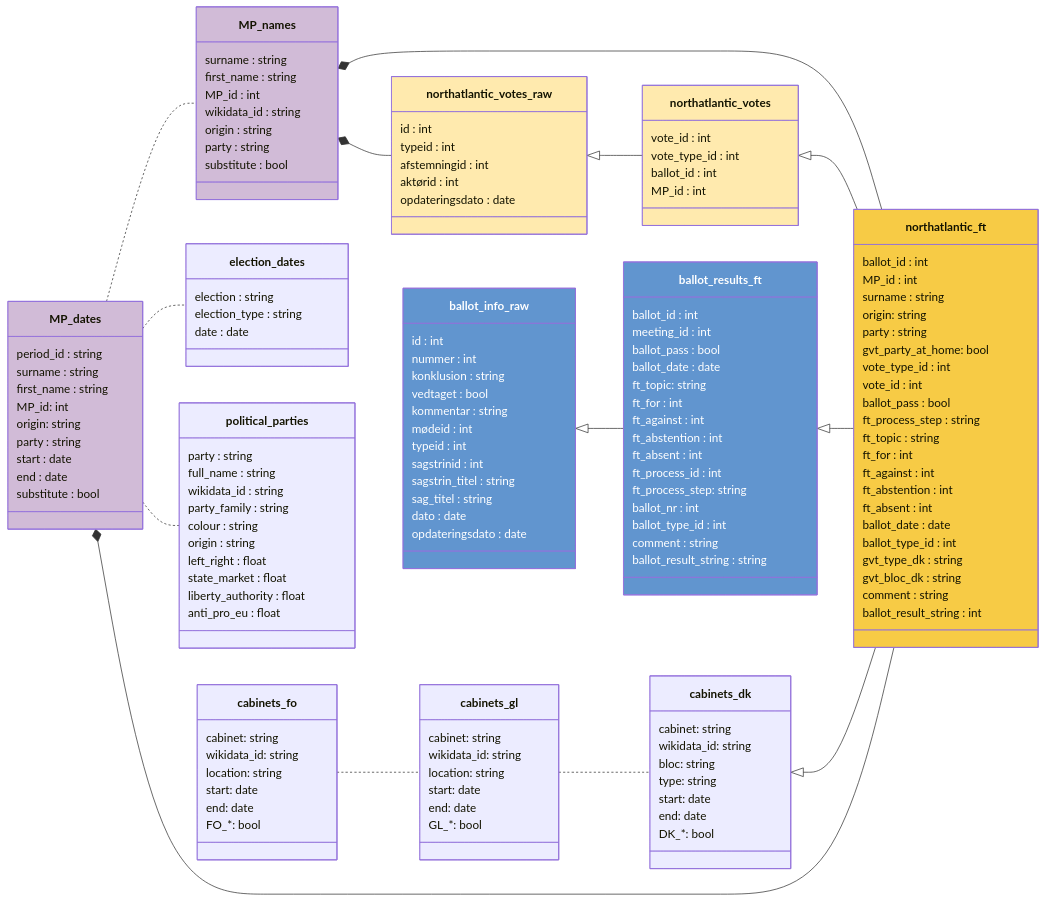
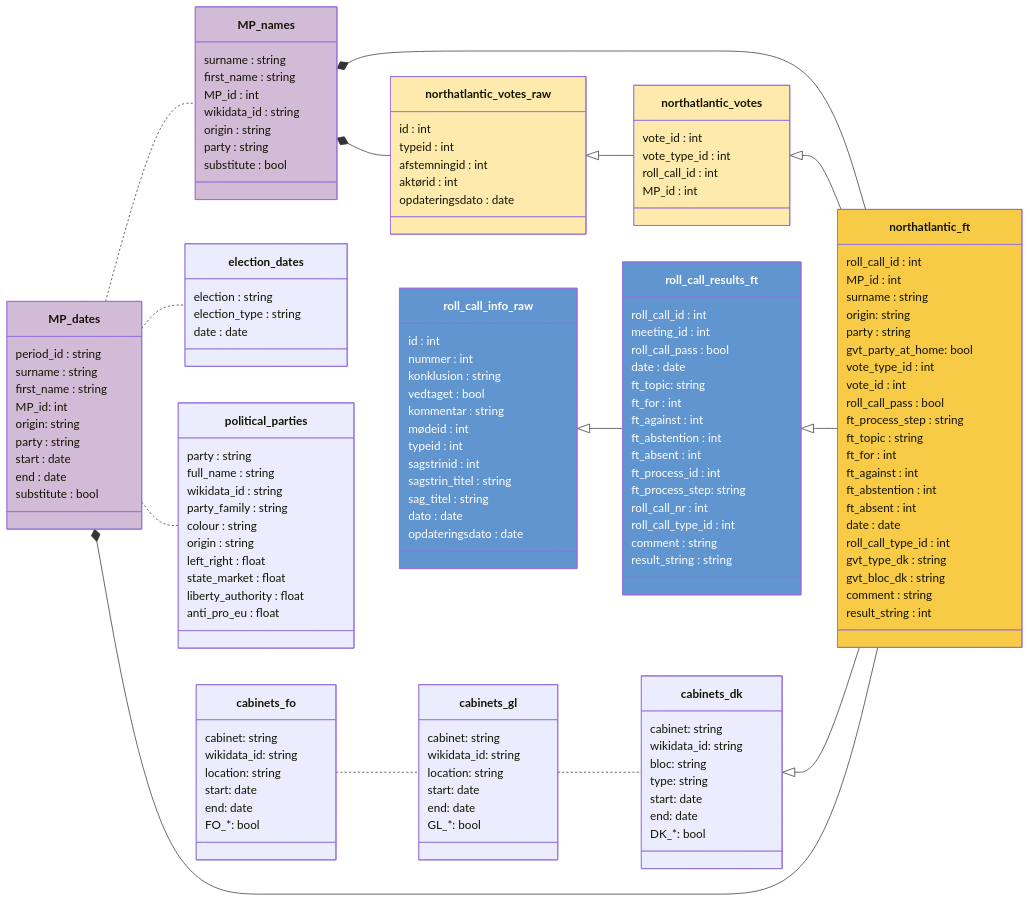
The diagram in docs/codebook.qmd (mtwente/nordatlantisk-ft), drawn with Mermaid before and after one commit. The commit also changed other lines of this file and 22 other files, not shown here.

First line of the commit message:
Roll Call Variable Renamed (#42)

```diff
--- a/docs/codebook.qmd
+++ b/docs/codebook.qmd
@@ -111,12 +111,12 @@
     MP_names *-- northatlantic_ft
 
     northatlantic_votes <|-- northatlantic_ft
-    ballot_results_ft <|-- northatlantic_ft
+    roll_call_results_ft <|-- northatlantic_ft
 
     MP_names *-- northatlantic_votes_raw
     northatlantic_votes_raw <|-- northatlantic_votes
 
-    ballot_info_raw <|-- ballot_results_ft
+    roll_call_info_raw <|-- roll_call_results_ft
 
     cabinets_fo .. cabinets_gl
     cabinets_gl .. cabinets_dk
@@ -125,7 +125,7 @@
     MP_dates *-- northatlantic_ft
 
     class northatlantic_ft {
-        ballot_id : int
+        roll_call_id : int
         MP_id : int
         surname : string
         origin: string
@@ -133,25 +133,25 @@
         gvt_party_at_home: bool
         vote_type_id : int
         vote_id : int
-        ballot_pass : bool
+        roll_call_pass : bool
         ft_process_step : string
         ft_topic : string
         ft_for : int
         ft_against : int
         ft_abstention : int
         ft_absent : int
-        ballot_date : date
-        ballot_type_id : int
+        date : date
+        roll_call_type_id : int
         gvt_type_dk : string
         gvt_bloc_dk : string
         comment : string
-        ballot_result_string : int
+        result_string : int
     }
 
         class northatlantic_votes {
         vote_id : int
         vote_type_id : int
-        ballot_id : int
+        roll_call_id : int
         MP_id : int
     }
 
@@ -183,11 +183,11 @@
         substitute : bool
     }
 
-    class ballot_results_ft {
-        ballot_id : int
+    class roll_call_results_ft {
+        roll_call_id : int
         meeting_id : int
-        ballot_pass : bool
-        ballot_date : date
+        roll_call_pass : bool
+        date : date
         ft_topic: string
         ft_for : int
         ft_against : int
@@ -195,13 +195,13 @@
         ft_absent : int
         ft_process_id : int
         ft_process_step: string
-        ballot_nr : int
-        ballot_type_id : int
+        roll_call_nr : int
+        roll_call_type_id : int
         comment : string
-        ballot_result_string : string
+        result_string : string
     }
 
-    class ballot_info_raw {
+    class roll_call_info_raw {
         id : int
         nummer : int
         konklusion : string
@@ -265,8 +265,8 @@
       DK_&ast;: bool
     }
 
-style ballot_info_raw fill:#6195CF,color:#FFFFFF
-style ballot_results_ft fill:#6195CF,color:#FFFFFF
+style roll_call_info_raw fill:#6195CF,color:#FFFFFF
+style roll_call_results_ft fill:#6195CF,color:#FFFFFF
 
 style northatlantic_ft fill:#F7CB45
 
@@ -282,8 +282,8 @@
 click MP_names href "#MP_names" "tooltip"
 click northatlantic_votes_raw href "#northatlantic_votes_raw" "tooltip"
 click northatlantic_votes href "#northatlantic_votes" "tooltip"
-click ballot_info_raw href "#ballot_info_raw" "tooltip"
-click ballot_results_ft href "#ballot_results_ft" "tooltip"
+click roll_call_info_raw href "#roll_call_info_raw" "tooltip"
+click roll_call_results_ft href "#roll_call_results_ft" "tooltip"
 click cabinets_fo href "#cabinets_fo" "tooltip"
 click cabinets_gl href "#cabinets_gl" "tooltip"
 click cabinets_dk href "#cabinets_dk" "tooltip"
```
